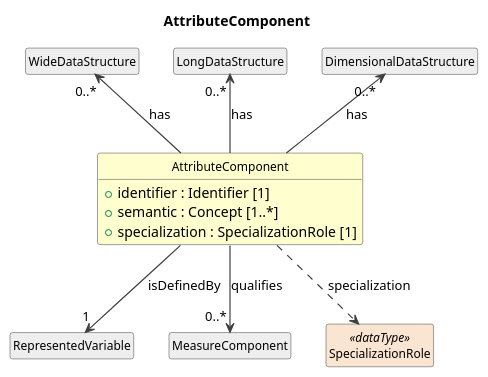
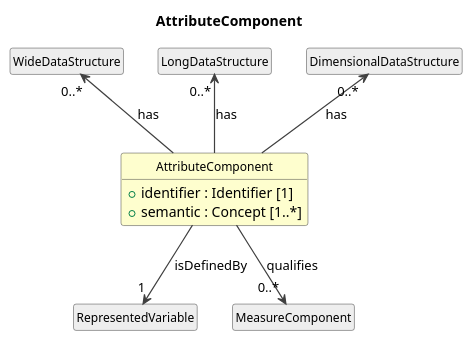
The diagram in build/field-level-documentation/CDIFDataStructure/Classes/AttributeComponent.pu (Cross-Domain-Interoperability-Framework/metadataBuildingBlocks), drawn with PlantUML before and after one commit. The commit also changed 151 other files, not shown here.

```diff
--- a/build/field-level-documentation/CDIFDataStructure/Classes/AttributeComponent.pu
+++ b/build/field-level-documentation/CDIFDataStructure/Classes/AttributeComponent.pu
@@ -1,31 +1,28 @@
 @startuml
 title AttributeComponent
 hide circle
 hide empty members
 skinparam shadowing false
 skinparam ArrowThickness 1.2
 skinparam class {
   ArrowColor #404040
   BorderColor #404040
   FontSize 12
 }
 
 class "AttributeComponent" as AttributeComponent #FEFECE {
   +identifier : Identifier [1]
   +semantic : Concept [1..*]
-  +specialization : SpecializationRole [1]
 }
 class "WideDataStructure" as WideDataStructure #EEEEEE
 WideDataStructure "0..*" <-- AttributeComponent : has
 class "LongDataStructure" as LongDataStructure #EEEEEE
 LongDataStructure "0..*" <-- AttributeComponent : has
 class "DimensionalDataStructure" as DimensionalDataStructure #EEEEEE
 DimensionalDataStructure "0..*" <-- AttributeComponent : has
 class "RepresentedVariable" as RepresentedVariable #EEEEEE
 AttributeComponent --> "1" RepresentedVariable : isDefinedBy
 class "MeasureComponent" as MeasureComponent #EEEEEE
 AttributeComponent --> "0..*" MeasureComponent : qualifies
-class "SpecializationRole" as SpecializationRole <<dataType>> #FAE5D3
-AttributeComponent ..> SpecializationRole : specialization
 
 @enduml
```
